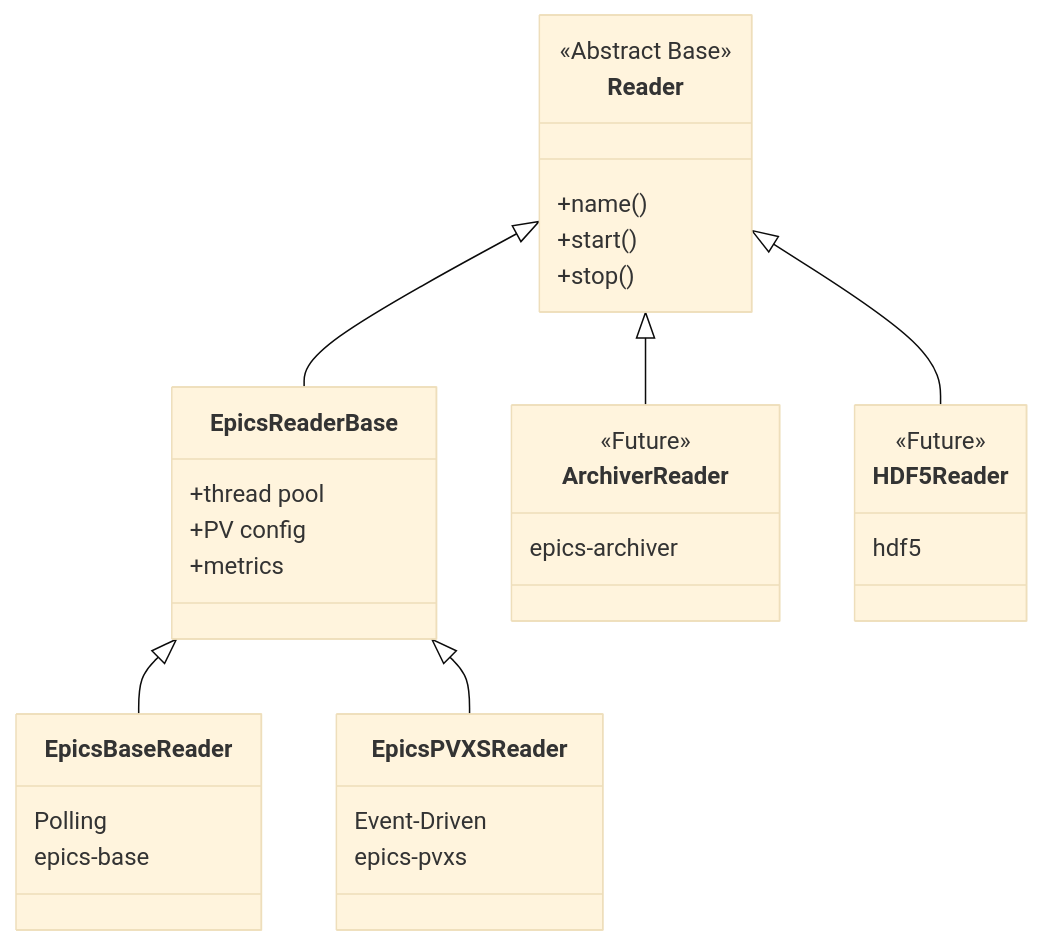
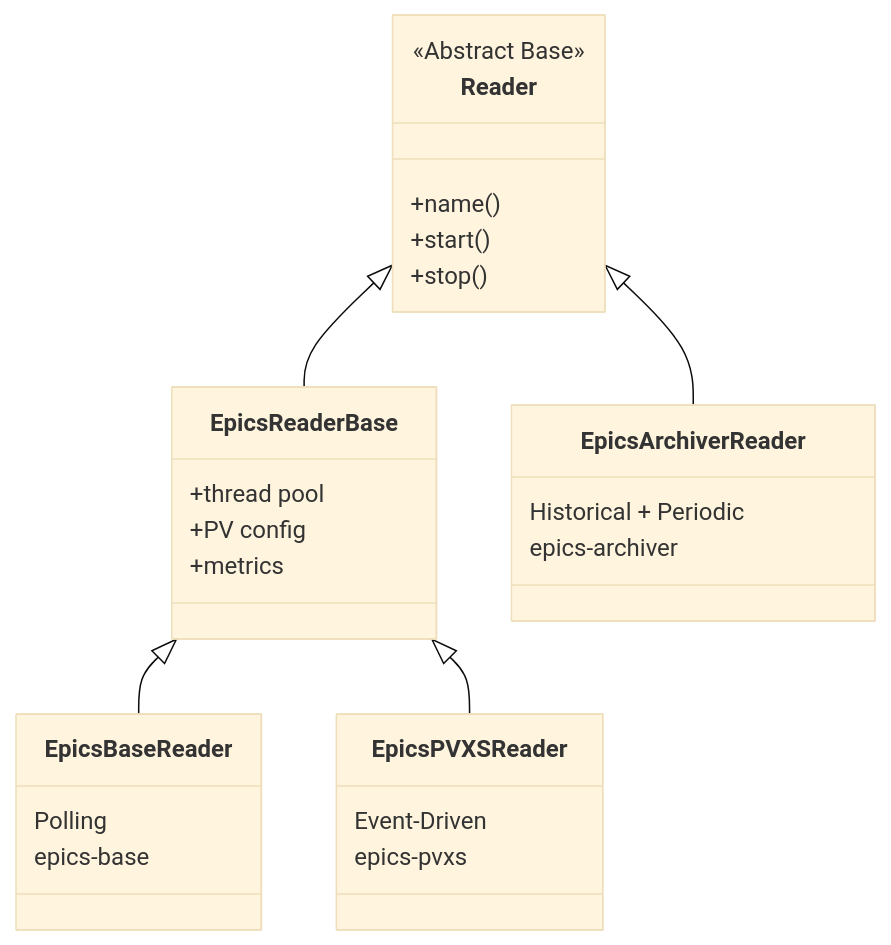
Before and after one commit to slaclab/mldp-pvxs-driver: the diagram in docs/readers.md, drawn with Mermaid (base theme). The commit also changed other lines of this file and 120 other files, not shown here.

````diff
--- a/docs/readers.md
+++ b/docs/readers.md
@@ -19,41 +17,35 @@
 ```mermaid
 classDiagram
     class Reader {
         <<Abstract Base>>
         +name()
         +start()
         +stop()
     }
 
     class EpicsReaderBase {
         +thread pool
         +PV config
         +metrics
     }
 
     class EpicsBaseReader {
         Polling
         epics-base
     }
 
     class EpicsPVXSReader {
         Event-Driven
         epics-pvxs
     }
 
-    class ArchiverReader {
-        <<Future>>
+    class EpicsArchiverReader {
+        Historical + Periodic
         epics-archiver
     }
 
-    class HDF5Reader {
-        <<Future>>
-        hdf5
-    }
-
     Reader <|-- EpicsReaderBase
-    Reader <|-- ArchiverReader
-    Reader <|-- HDF5Reader
+    Reader <|-- EpicsArchiverReader
     EpicsReaderBase <|-- EpicsBaseReader
     EpicsReaderBase <|-- EpicsPVXSReader
 ```
````
